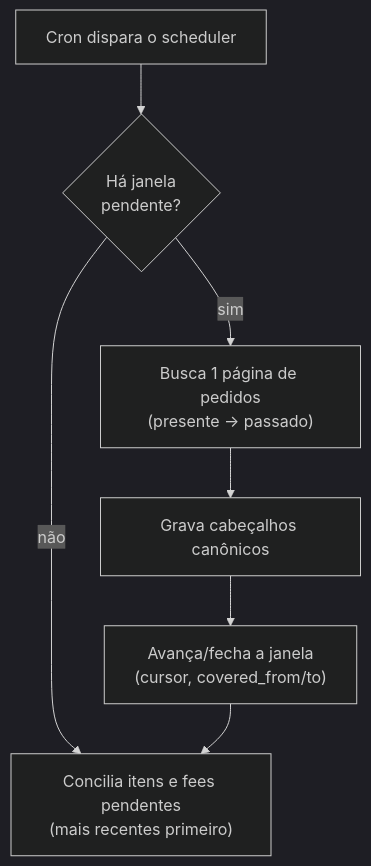
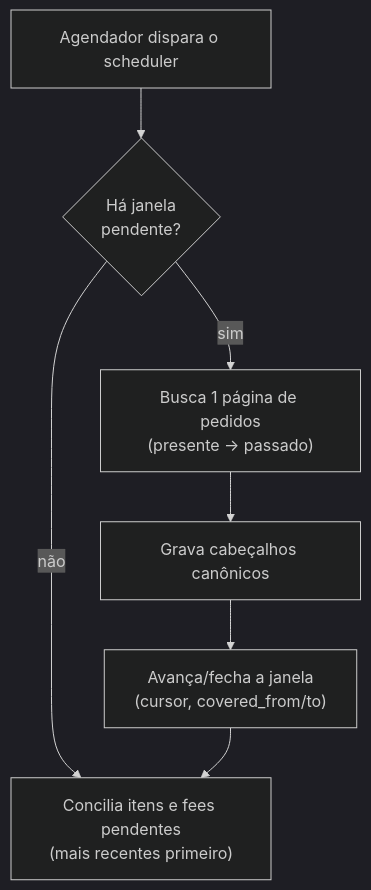
One commit to AninhaBe/amazon-fba-platform changed the first of 2 diagrams in docs/architecture/sync-engine.md. Above: the diagram before and after it, drawn with Mermaid (dark theme). The commit also changed other lines of this file and 3 other files, not shown here.

````diff
--- a/docs/architecture/sync-engine.md
+++ b/docs/architecture/sync-engine.md
@@ -24,9 +31,9 @@
 ```mermaid
 flowchart TD
-    A["Cron dispara o scheduler"] --> B{"Há janela<br/>pendente?"}
+    A["Agendador dispara o scheduler"] --> B{"Há janela<br/>pendente?"}
     B -- sim --> C["Busca 1 página de pedidos<br/>(presente → passado)"]
     C --> D["Grava cabeçalhos canônicos"]
     D --> E["Avança/fecha a janela<br/>(cursor, covered_from/to)"]
     B -- não --> F["Concilia itens e fees pendentes<br/>(mais recentes primeiro)"]
     E --> F
 ```
````
